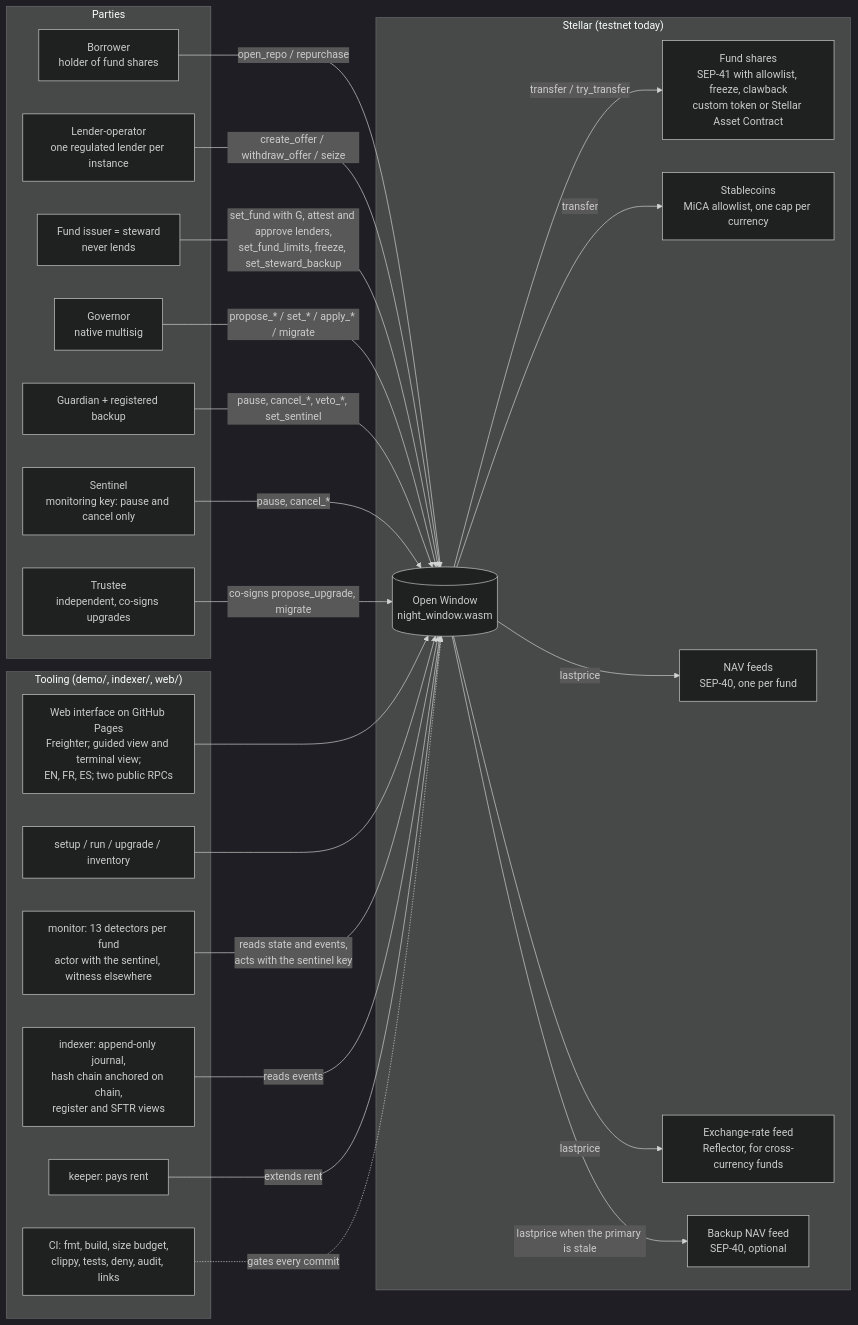
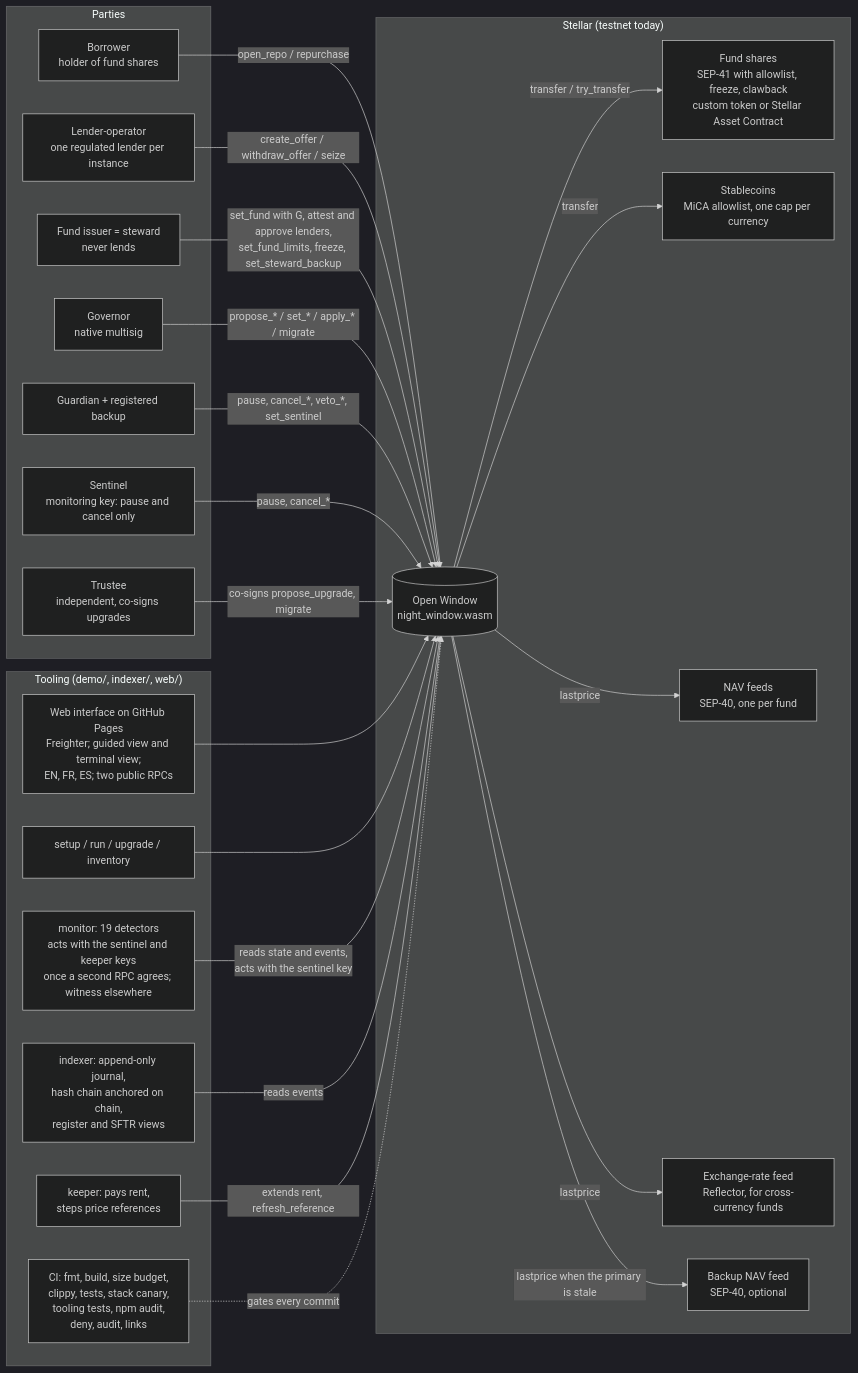
The first of 11 diagrams in docs/architecture.md (EricLtx/hackmeridian-2026), drawn with Mermaid (dark theme) before and after one commit. The commit also changed other lines of this file, not shown here.

First line of the commit message:
Docs: the architecture map at the rc5 candidate

````diff
--- a/docs/architecture.md
+++ b/docs/architecture.md
@@ -9,46 +9,46 @@
 ```mermaid
 flowchart LR
   subgraph People["Parties"]
     B[Borrower<br/>holder of fund shares]
     L[Lender-operator<br/>one regulated lender per instance]
     I[Fund issuer = steward<br/>never lends]
     G[Governor<br/>native multisig]
     Gd[Guardian + registered backup]
     Se[Sentinel<br/>monitoring key: pause and cancel only]
     Tr[Trustee<br/>independent, co-signs upgrades]
   end
   subgraph Chain["Stellar (testnet today)"]
     OW[(Open Window<br/>night_window.wasm)]
     FT[Fund shares<br/>SEP-41 with allowlist, freeze, clawback<br/>custom token or Stellar Asset Contract]
     EU[Stablecoins<br/>MiCA allowlist, one cap per currency]
     NAV[NAV feeds<br/>SEP-40, one per fund]
     FX[Exchange-rate feed<br/>Reflector, for cross-currency funds]
     BK[Backup NAV feed<br/>SEP-40, optional]
   end
   subgraph Tooling["Tooling (demo/, indexer/, web/)"]
     W[Web interface on GitHub Pages<br/>Freighter; guided view and terminal view;<br/>EN, FR, ES; two public RPCs]
     D[setup / run / upgrade / inventory]
-    M[monitor: 13 detectors per fund<br/>actor with the sentinel, witness elsewhere]
+    M[monitor: 19 detectors<br/>acts with the sentinel and keeper keys<br/>once a second RPC agrees; witness elsewhere]
     X[indexer: append-only journal,<br/>hash chain anchored on chain,<br/>register and SFTR views]
-    K[keeper: pays rent]
-    C[CI: fmt, build, size budget,<br/>clippy, tests, deny, audit, links]
+    K[keeper: pays rent,<br/>steps price references]
+    C[CI: fmt, build, size budget,<br/>clippy, tests, stack canary,<br/>tooling tests, npm audit,<br/>deny, audit, links]
   end
   B -- open_repo / repurchase --> OW
   L -- create_offer / withdraw_offer / seize --> OW
   I -- set_fund with G, attest and approve lenders,<br/>set_fund_limits, freeze, set_steward_backup --> OW
   G -- propose_* / set_* / apply_* / migrate --> OW
   Gd -- pause, cancel_*, veto_*, set_sentinel --> OW
   Se -- pause, cancel_* --> OW
   Tr -- co-signs propose_upgrade, migrate --> OW
   OW -- transfer / try_transfer --> FT
   OW -- transfer --> EU
   OW -- lastprice --> NAV
   OW -- lastprice --> FX
   OW -- lastprice when the primary is stale --> BK
   W --> OW
   D --> OW
   M -- reads state and events,<br/>acts with the sentinel key --> OW
   X -- reads events --> OW
-  K -- extends rent --> OW
+  K -- extends rent, refresh_reference --> OW
   C -. gates every commit .-> OW
 ```
````
